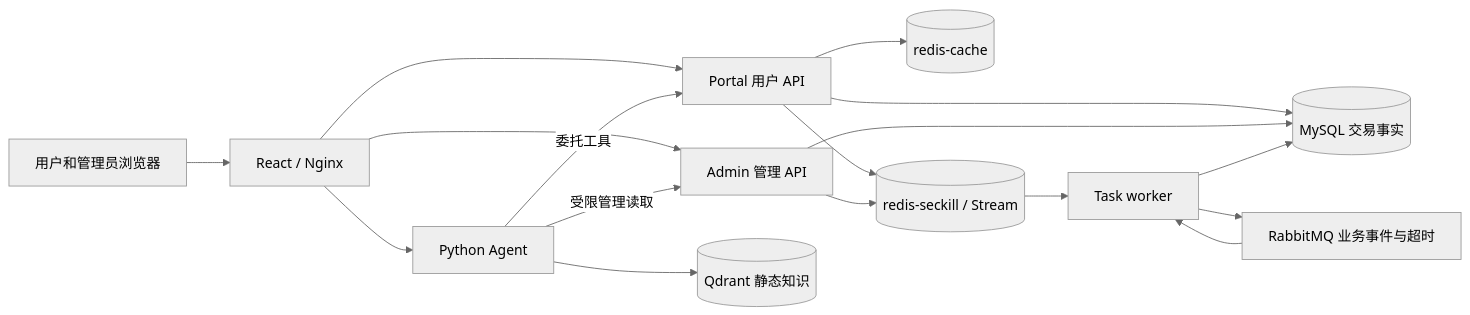
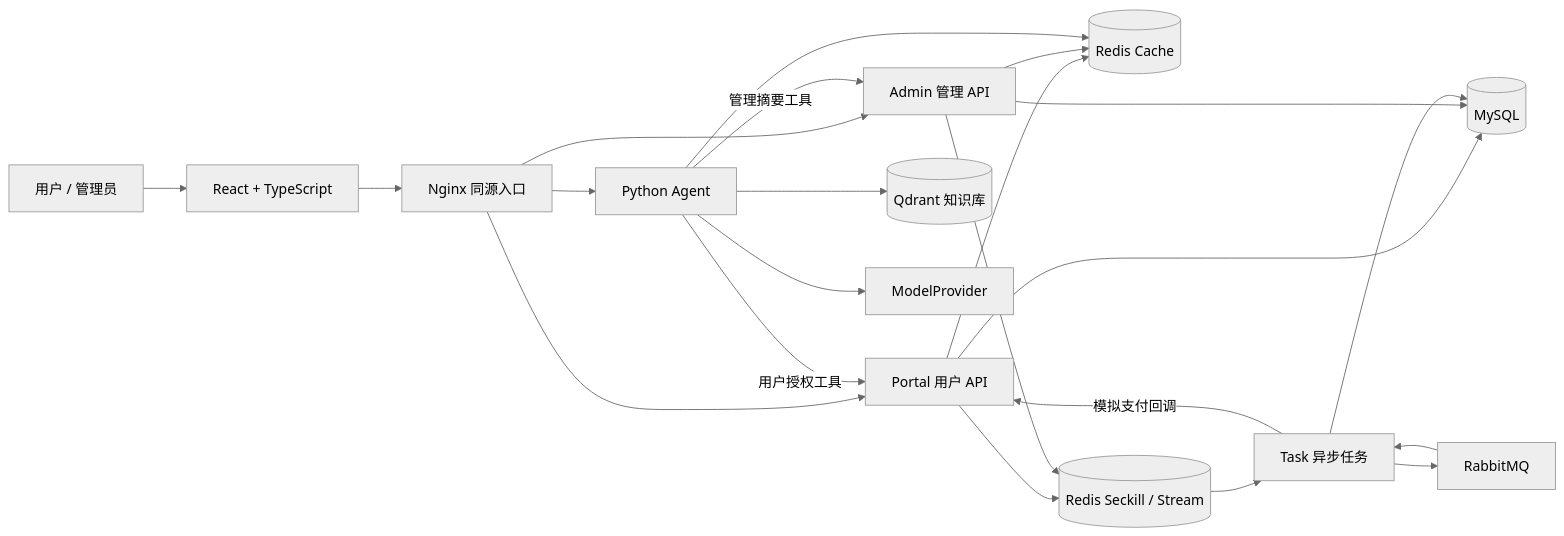
One commit to LBBZ/hotShop changed the first of 4 diagrams in README.md. Above: the diagram before and after it, drawn with Mermaid (neutral theme). The commit also changed other lines of this file, not shown here.

Commit message:
docs: refocus project introduction on architecture and agent design

````diff
--- a/README.md
+++ b/README.md
@@ -38,19 +27,24 @@
 ```mermaid
 flowchart LR
-    U[用户和管理员浏览器] --> W[React / Nginx]
-    W --> P[Portal 用户 API]
-    W --> A[Admin 管理 API]
-    W --> G[Python Agent]
-    G -->|委托工具| P
-    G -->|受限管理读取| A
-    G --> Q[(Qdrant 静态知识)]
-    P --> DB[(MySQL 交易事实)]
-    A --> DB
-    P --> RC[(redis-cache)]
-    P --> RS[(redis-seckill / Stream)]
-    A --> RS
-    RS --> T[Task worker]
-    T --> DB
-    T --> MQ[RabbitMQ 业务事件与超时]
-    MQ --> T
+    User[用户 / 管理员] --> Web[React + TypeScript]
+    Web --> Nginx[Nginx 同源入口]
+    Nginx --> Portal[Portal 用户 API]
+    Nginx --> Admin[Admin 管理 API]
+    Nginx --> Agent[Python Agent]
+    Portal --> DB[(MySQL)]
+    Admin --> DB
+    Task[Task 异步任务] --> DB
+    Portal --> Cache[(Redis Cache)]
+    Admin --> Cache
+    Agent --> Cache
+    Portal --> Seckill[(Redis Seckill / Stream)]
+    Admin --> Seckill
+    Seckill --> Task
+    Task --> MQ[RabbitMQ]
+    MQ --> Task
+    Task -->|模拟支付回调| Portal
+    Agent -->|用户授权工具| Portal
+    Agent -->|管理摘要工具| Admin
+    Agent --> Knowledge[(Qdrant 知识库)]
+    Agent --> Model[ModelProvider]
 ```
````
